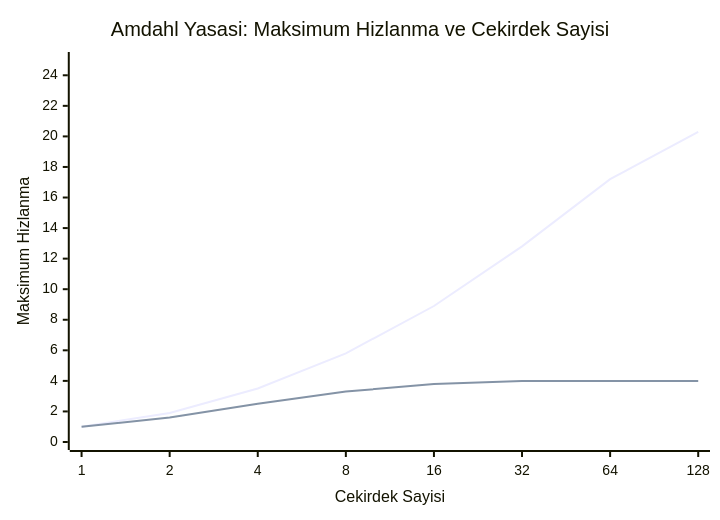
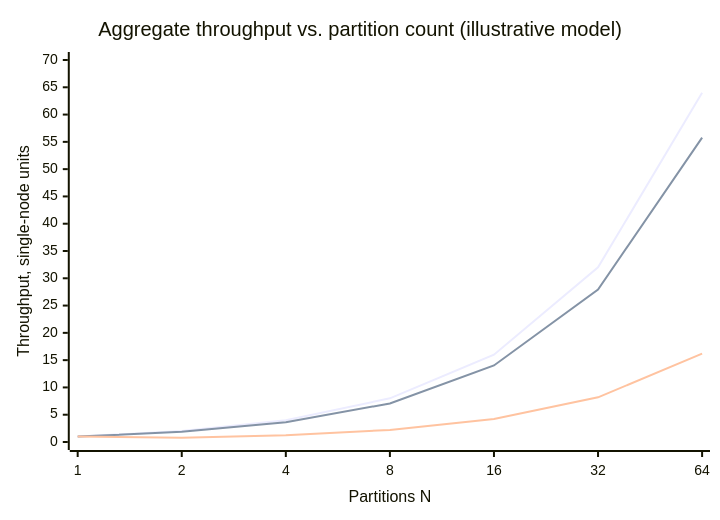
Before and after one commit to gorkemsari/distributed-systems: the third of 5 diagrams in src/content/docs/tr/foundations/monoliths-to-distributed/scaling-dilemma.mdx, drawn with Mermaid. The commit also changed other lines of this file and 3 other files, not shown here.

````diff
--- a/src/content/docs/tr/foundations/monoliths-to-distributed/scaling-dilemma.mdx
+++ b/src/content/docs/tr/foundations/monoliths-to-distributed/scaling-dilemma.mdx
@@ -55,8 +93,9 @@
 ```mermaid
 xychart-beta
-    title "Amdahl Yasasi: Maksimum Hizlanma ve Cekirdek Sayisi"
-    x-axis "Cekirdek Sayisi" [1, 2, 4, 8, 16, 32, 64, 128]
-    y-axis "Maksimum Hizlanma" 0 --> 25
-    line [1, 1.9, 3.5, 5.8, 8.9, 12.8, 17.2, 20.3]
-    line [1, 1.6, 2.5, 3.3, 3.8, 4.0, 4.0, 4.0]
+    title "Aggregate throughput vs. partition count (illustrative model)"
+    x-axis "Partitions N" [1, 2, 4, 8, 16, 32, 64]
+    y-axis "Throughput, single-node units" 0 --> 70
+    line [1, 2, 4, 8, 16, 32, 64]
+    line [1, 1.86, 3.6, 7.07, 14.03, 27.94, 55.77]
+    line [1, 0.8, 1.23, 2.21, 4.2, 8.19, 16.19]
 ```
````
